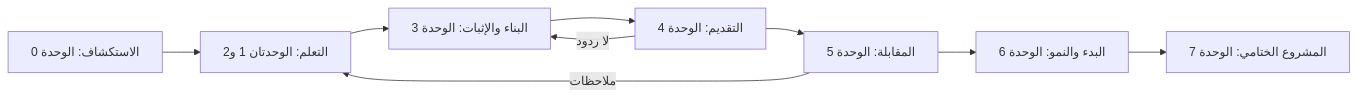
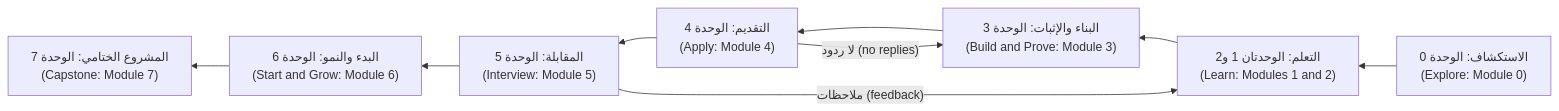
The third of 3 diagrams in career/modules/00-orientation.ar.md (Tamoura/system-design-for-vibe-coders), drawn with Mermaid before and after one commit. The commit also changed other lines of this file and 20 other files, not shown here.

First line of the commit message:
New courses: Arabic diagrams read right-to-left with English labels (modules 0–6)

````diff
--- a/career/modules/00-orientation.ar.md
+++ b/career/modules/00-orientation.ar.md
@@ -514,11 +514,11 @@
 ```mermaid
-flowchart LR
-    S1["الاستكشاف: الوحدة 0"] --> S2["التعلم: الوحدتان 1 و2"]
-    S2 --> S3["البناء والإثبات: الوحدة 3"]
-    S3 --> S4["التقديم: الوحدة 4"]
-    S4 --> S5["المقابلة: الوحدة 5"]
-    S5 --> S6["البدء والنمو: الوحدة 6"]
-    S6 --> S7["المشروع الختامي: الوحدة 7"]
-    S4 -->|"لا ردود"| S3
-    S5 -->|"ملاحظات"| S2
+flowchart RL
+    S1["الاستكشاف: الوحدة 0<br/>(Explore: Module 0)"] --> S2["التعلم: الوحدتان 1 و2<br/>(Learn: Modules 1 and 2)"]
+    S2 --> S3["البناء والإثبات: الوحدة 3<br/>(Build and Prove: Module 3)"]
+    S3 --> S4["التقديم: الوحدة 4<br/>(Apply: Module 4)"]
+    S4 --> S5["المقابلة: الوحدة 5<br/>(Interview: Module 5)"]
+    S5 --> S6["البدء والنمو: الوحدة 6<br/>(Start and Grow: Module 6)"]
+    S6 --> S7["المشروع الختامي: الوحدة 7<br/>(Capstone: Module 7)"]
+    S4 -->|"لا ردود (no replies)"| S3
+    S5 -->|"ملاحظات (feedback)"| S2
 ```
````
